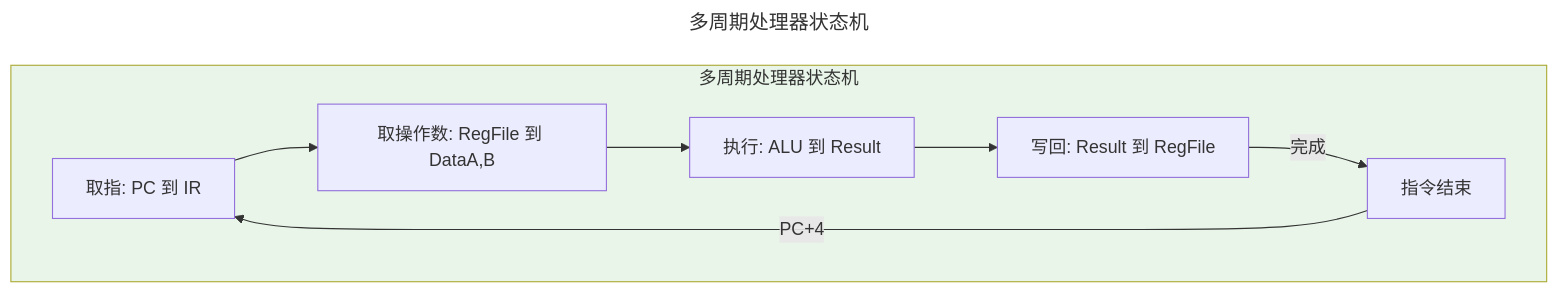
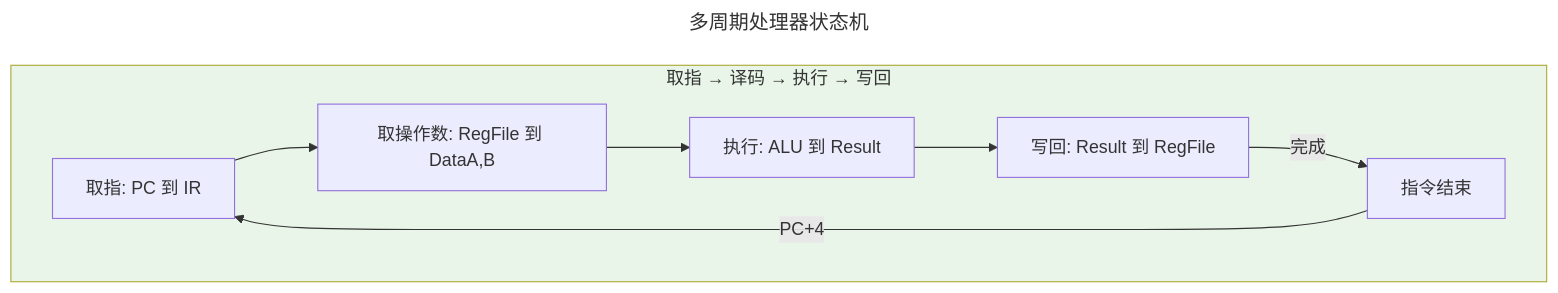
One commit to yadayanxue/silicon-strides changed the second of 5 diagrams in src/content/docs/01-weichen/03-microarchitecture.md. Above: the diagram before and after it, drawn with Mermaid.

Commit message:
fix: 修复多周期处理器状态机 Mermaid 标题重复
subgraph 标签与 title directive 重复显示'多周期处理器状态机'，改为'取指 → 译码 → 执行 → 写回'

````diff
--- a/src/content/docs/01-weichen/03-microarchitecture.md
+++ b/src/content/docs/01-weichen/03-microarchitecture.md
@@ -124,14 +124,14 @@
 ```mermaid
 ---
 title: 多周期处理器状态机
 ---
 graph TD
-    subgraph MultiCycle[多周期处理器状态机]
+    subgraph MultiCycle["取指 → 译码 → 执行 → 写回"]
         A1[取指: PC 到 IR] --> A2[取操作数: RegFile 到 DataA,B]
         A2 --> A3[执行: ALU 到 Result]
         A3 --> A4[写回: Result 到 RegFile]
         A4 -->|完成| End[指令结束]
         End -->|PC+4| A1
     end
     style MultiCycle fill:#e8f5e8
 ```
````
